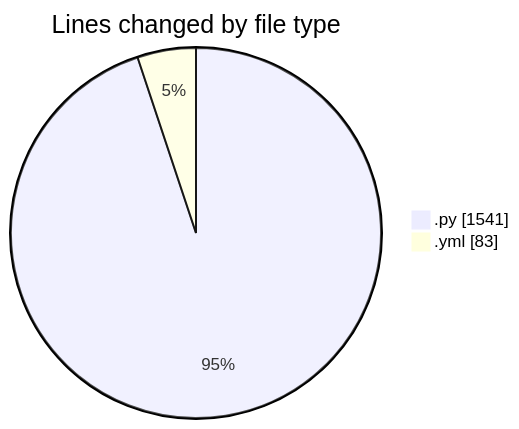
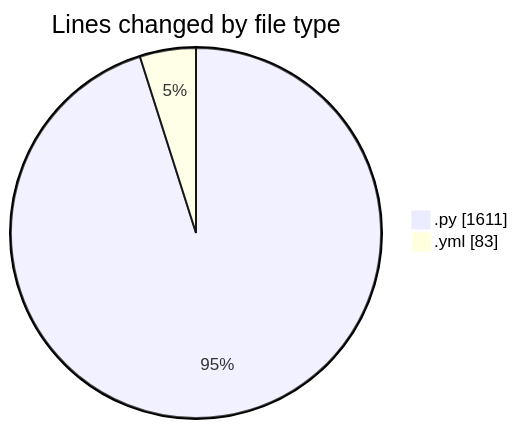
The first of 2 diagrams in 2025-10-10/eventscop-api-guide__workspace_/README.md (julien-gomy/code-tracking), drawn with Mermaid before and after one commit. The commit also changed other lines of this file and 1 other file, not shown here.

````diff
--- a/2025-10-10/eventscop-api-guide__workspace_/README.md
+++ b/2025-10-10/eventscop-api-guide__workspace_/README.md
@@ -24,6 +24,6 @@
 ```mermaid
 pie showData
 title Lines changed by file type
-".py" : 1541
+".py" : 1611
 ".yml" : 83
 ```
````
